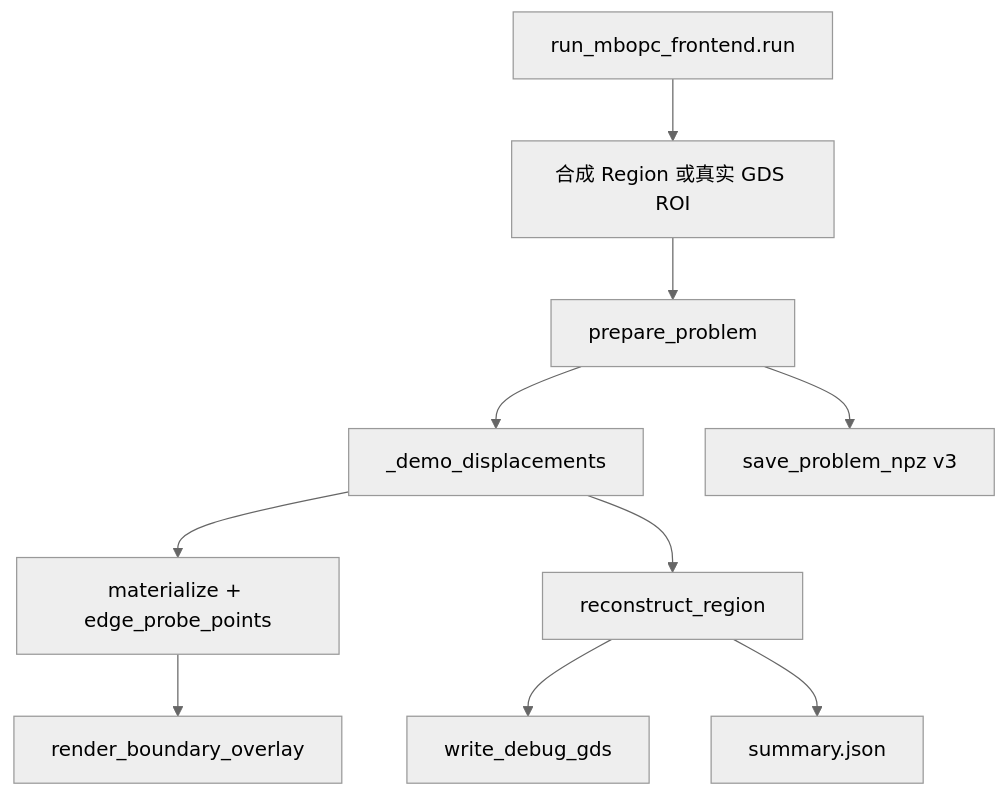
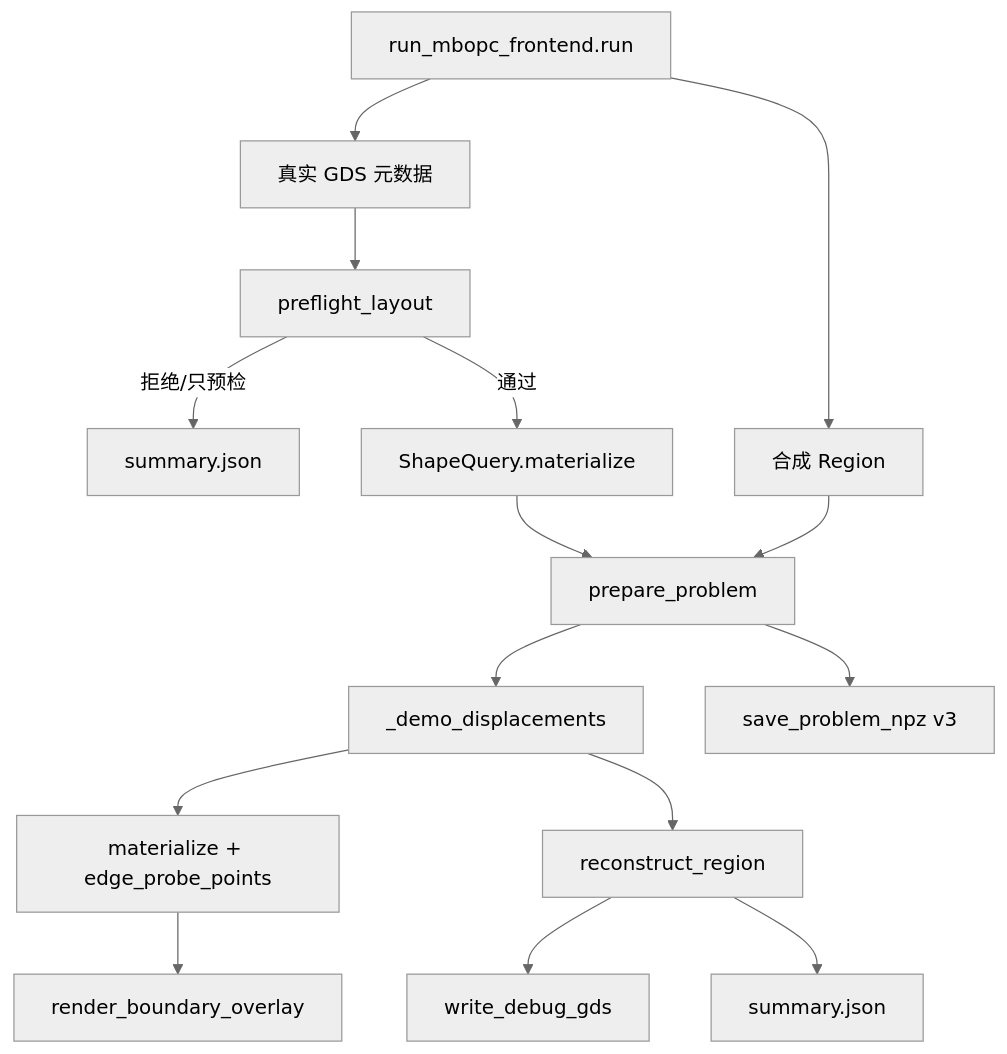
Before and after one commit to Eve429/MyOPC: the eighth of 9 diagrams in doc/function_call_architecture.md, drawn with Mermaid (neutral theme). The commit also changed other lines of this file and 14 other files, not shown here.

````diff
--- a/doc/function_call_architecture.md
+++ b/doc/function_call_architecture.md
@@ -184,12 +185,17 @@
 ```mermaid
 flowchart TD
-    A[run_mbopc_frontend.run] --> B[合成 Region 或真实 GDS ROI]
-    B --> C[prepare_problem]
+    A[run_mbopc_frontend.run] --> B[真实 GDS 元数据]
+    B --> P[preflight_layout]
+    P -->|拒绝/只预检| R[summary.json]
+    P -->|通过| C0[ShapeQuery.materialize]
+    A --> S[合成 Region]
+    C0 --> C[prepare_problem]
+    S --> C
     C --> D[_demo_displacements]
     D --> E[materialize + edge_probe_points]
     D --> F[reconstruct_region]
     C --> G[save_problem_npz v3]
     E --> H[render_boundary_overlay]
     F --> I[write_debug_gds]
     F --> J[summary.json]
 ```
````
